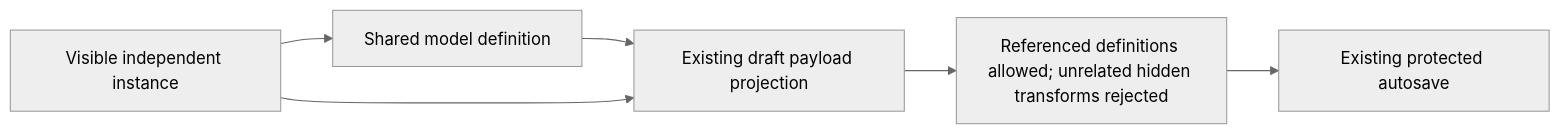
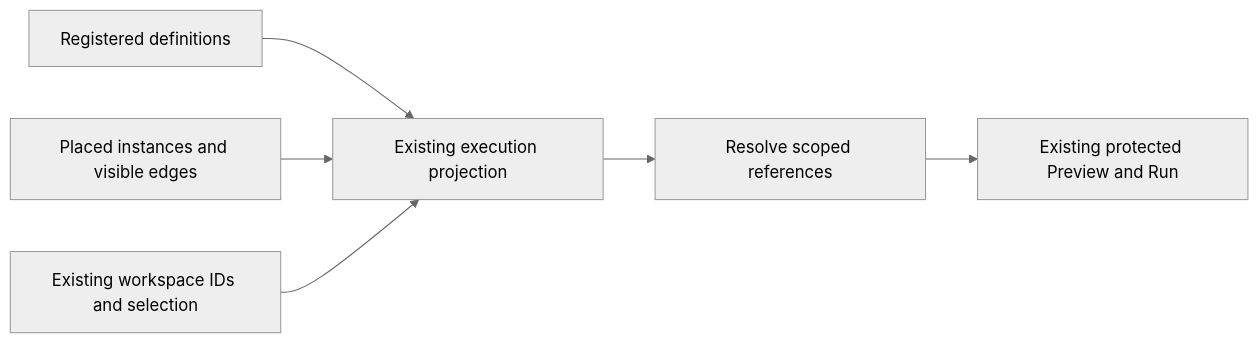
Before and after one commit to dunay2/dvt: the diagram in docs/evidence/ED-20261102-dbt-project-root-relocation.md, drawn with Mermaid (neutral theme). The commit also changed other lines of this file and 5 other files, not shown here.

Commit message:
fix(web): Preserve definition authority for scoped Canvas execution

````diff
--- a/docs/evidence/ED-20261102-dbt-project-root-relocation.md
+++ b/docs/evidence/ED-20261102-dbt-project-root-relocation.md
@@ -402,8 +101,8 @@
 ```mermaid
 flowchart LR
-  Instance[Visible independent instance] --> Definition[Shared model definition]
-  Definition --> Projection[Existing draft payload projection]
-  Instance --> Projection
-  Projection --> Guard[Referenced definitions allowed; unrelated hidden transforms rejected]
-  Guard --> Save[Existing protected autosave]
+  D[Registered definitions] --> Q[Existing execution projection]
+  I[Placed instances and visible edges] --> Q
+  S[Existing workspace IDs and selection] --> Q
+  Q --> R[Resolve scoped references]
+  R --> P[Existing protected Preview and Run]
 ```
````
